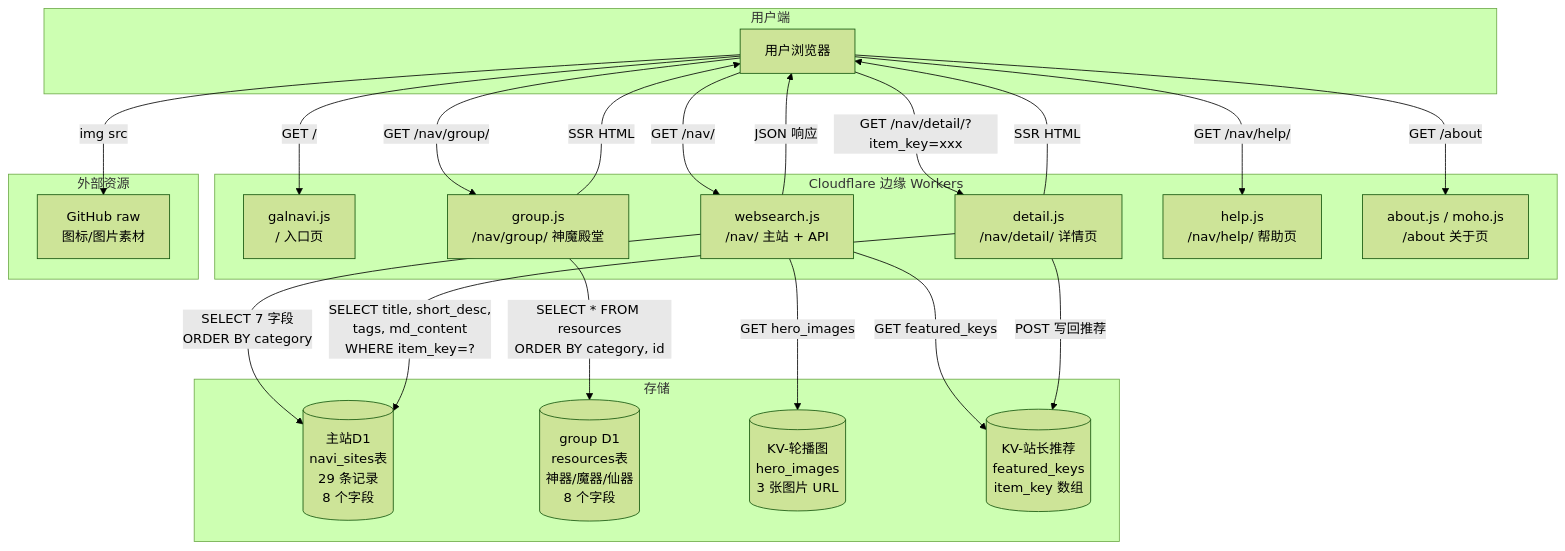
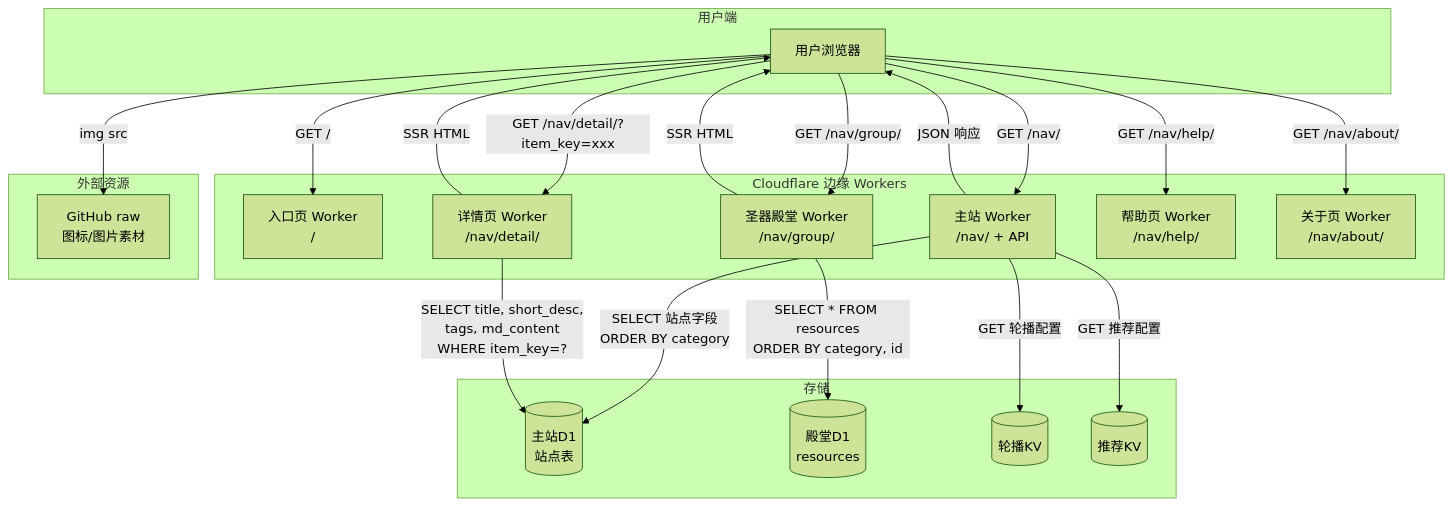
Before and after one commit to argb6/galnavi-obsidian: the seventh of 11 diagrams in 网站框架总览.md, drawn with Mermaid (forest theme). The commit also changed other lines of this file and 34 other files, not shown here.

````diff
--- a/网站框架总览.md
+++ b/网站框架总览.md
@@ -267,46 +267,45 @@
 ```mermaid
 flowchart TB
     subgraph 用户端
         U["用户浏览器"]
     end
 
     subgraph Cloudflare 边缘 Workers
-        W_ENTRY["galnavi.js<br/>/ 入口页"]
-        W_MAIN["websearch.js<br/>/nav/ 主站 + API"]
-        W_DETAIL["detail.js<br/>/nav/detail/ 详情页"]
-        W_GROUP["group.js<br/>/nav/group/ 神魔殿堂"]
-        W_HELP["help.js<br/>/nav/help/ 帮助页"]
-        W_ABOUT["about.js / moho.js<br/>/about 关于页"]
+        W_ENTRY["入口页 Worker<br/>/"]
+        W_MAIN["主站 Worker<br/>/nav/ + API"]
+        W_DETAIL["详情页 Worker<br/>/nav/detail/"]
+        W_GROUP["圣器殿堂 Worker<br/>/nav/group/"]
+        W_HELP["帮助页 Worker<br/>/nav/help/"]
+        W_ABOUT["关于页 Worker<br/>/nav/about/"]
     end
 
     subgraph 存储
-        D1[("主站D1<br/>navi_sites表<br/>29 条记录<br/>8 个字段")]
-        D1_GROUP[("group D1<br/>resources表<br/>神器/魔器/仙器<br/>8 个字段")]
-        KV_HERO[("KV-轮播图<br/>hero_images<br/>3 张图片 URL")]
-        KV_FEAT[("KV-站长推荐<br/>featured_keys<br/>item_key 数组")]
+        D1[("主站D1<br/>站点表")]
+        D1_GROUP[("殿堂D1<br/>resources")]
+        KV_HERO[("轮播KV")]
+        KV_FEAT[("推荐KV")]
     end
 
     subgraph 外部资源
         GH["GitHub raw<br/>图标/图片素材"]
     end
 
     U -->|GET /| W_ENTRY
     U -->|GET /nav/| W_MAIN
     U -->|GET /nav/detail/?item_key=xxx| W_DETAIL
     U -->|GET /nav/group/| W_GROUP
     U -->|GET /nav/help/| W_HELP
-    U -->|GET /about| W_ABOUT
+    U -->|GET /nav/about/| W_ABOUT
 
-    W_MAIN -->|SELECT 7 字段<br/>ORDER BY category| D1
-    W_MAIN -->|GET hero_images| KV_HERO
-    W_MAIN -->|GET featured_keys| KV_FEAT
+    W_MAIN -->|SELECT 站点字段<br/>ORDER BY category| D1
+    W_MAIN -->|GET 轮播配置| KV_HERO
+    W_MAIN -->|GET 推荐配置| KV_FEAT
     W_DETAIL -->|SELECT title, short_desc,<br/>tags, md_content<br/>WHERE item_key=?| D1
-    W_DETAIL -->|POST 写回推荐| KV_FEAT
     W_GROUP -->|SELECT * FROM resources<br/>ORDER BY category, id| D1_GROUP
 
     U -->|img src| GH
 
     W_MAIN -->|JSON 响应| U
     W_DETAIL -->|SSR HTML| U
     W_GROUP -->|SSR HTML| U
 ```
````
